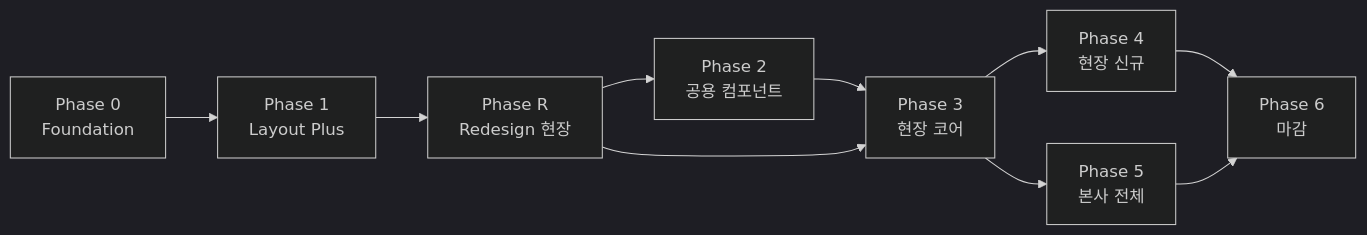
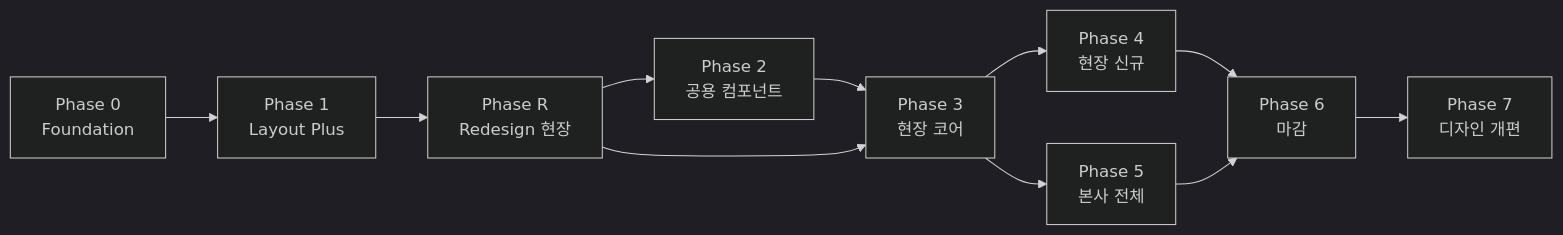
Before and after one commit to S-Tec-System-R-D/s-patrol_fe: the diagram in docs/roadmap.md, drawn with Mermaid. The commit also changed other lines of this file and 21 other files, not shown here.

Commit message:
docs : 083 — 디자인 개편 기반 스펙 · 태스크 초안(위험도 A — 글꼴 Noto Sans KR · 색 · 바깥 틀 224px 사이드바 + 본문 카드 · 상태 표시 · 공용 구성 요소 · T1435~T1475) · roadmap(Phase 7 디자인 개편 신설 — 083 기반 · 084 현장 화면 · 085 본사 + 로그인 겸 랜딩) · workflow-protocol(Phase 0~7) · ui-mock(목업 생성 스크립트 _gen — sh sync.sh 로 다시 만든다)

````diff
--- a/docs/roadmap.md
+++ b/docs/roadmap.md
@@ -414,13 +430,14 @@
 ```mermaid
 %%{init: {'theme':'dark'}}%%
 flowchart LR
     P0[Phase 0<br/>Foundation] --> P1[Phase 1<br/>Layout Plus]
     P1 --> PR[Phase R<br/>Redesign 현장]
     PR --> P2[Phase 2<br/>공용 컴포넌트]
     P2 --> P3[Phase 3<br/>현장 코어]
     PR --> P3
     P3 --> P4[Phase 4<br/>현장 신규]
     P3 --> P5[Phase 5<br/>본사 전체]
     P4 --> P6[Phase 6<br/>마감]
     P5 --> P6
+    P6 --> P7[Phase 7<br/>디자인 개편]
 ```
````
